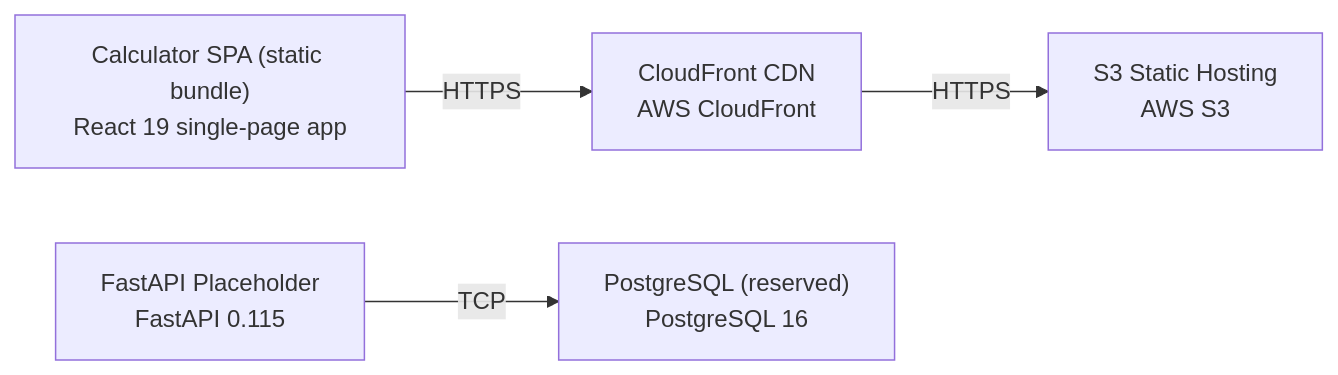
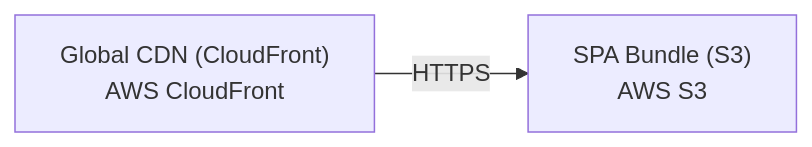
Before and after one commit to satya1802/simple-calculator-2: the diagram in docs/sdlc/deployment/deployment-guide.md, drawn with Mermaid. The commit also changed other lines of this file and 8 other files, not shown here.

````diff
--- a/docs/sdlc/deployment/deployment-guide.md
+++ b/docs/sdlc/deployment/deployment-guide.md
@@ -24,11 +21,6 @@
 ```mermaid
 graph LR
-  n_Calculator_SPA__static_bundle_["Calculator SPA (static bundle)<br/>React 19 single-page app"]
-  n_S3_Static_Hosting["S3 Static Hosting<br/>AWS S3"]
-  n_CloudFront_CDN["CloudFront CDN<br/>AWS CloudFront"]
-  n_FastAPI_Placeholder["FastAPI Placeholder<br/>FastAPI 0.115"]
-  n_PostgreSQL__reserved_["PostgreSQL (reserved)<br/>PostgreSQL 16"]
-  n_Calculator_SPA__static_bundle_ -->|"HTTPS"| n_CloudFront_CDN
-  n_CloudFront_CDN -->|"HTTPS"| n_S3_Static_Hosting
-  n_FastAPI_Placeholder -->|"TCP"| n_PostgreSQL__reserved_
+  n_SPA_Bundle__S3_["SPA Bundle (S3)<br/>AWS S3"]
+  n_Global_CDN__CloudFront_["Global CDN (CloudFront)<br/>AWS CloudFront"]
+  n_Global_CDN__CloudFront_ -->|"HTTPS"| n_SPA_Bundle__S3_
 ```
````
